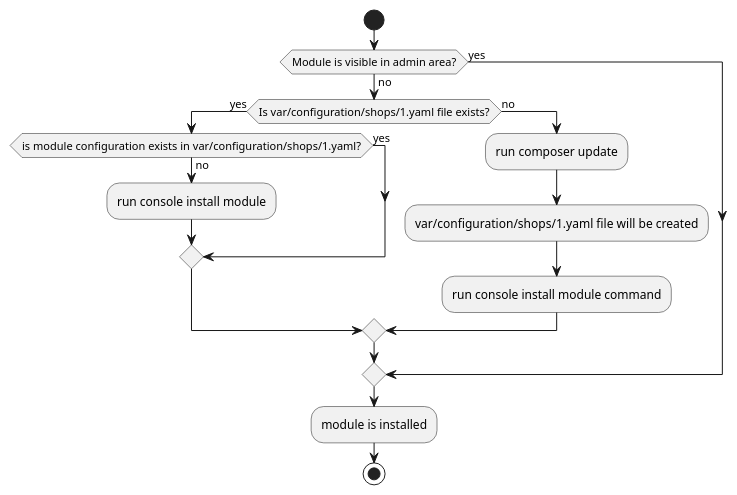
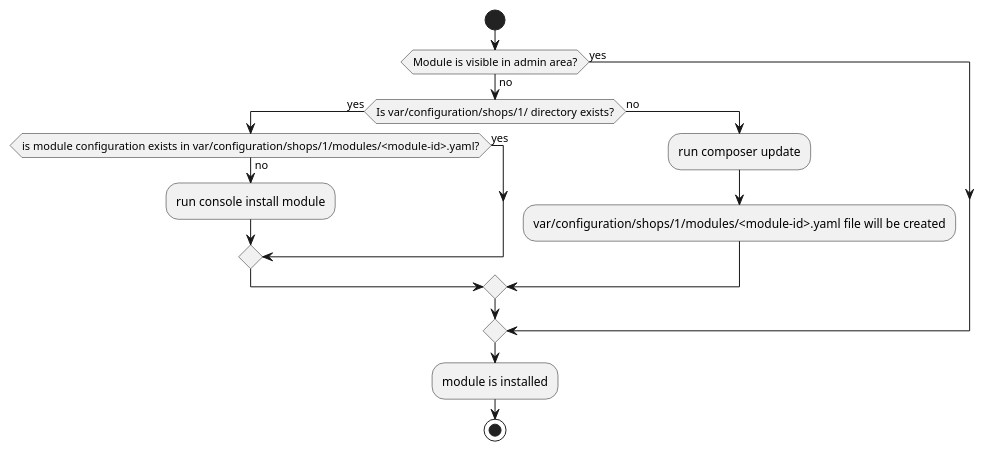
One commit to OXID-eSales/developer_documentation changed the diagram in development/modules_components_themes/module/installation_setup/troubleshooting.rst. Above: the diagram before and after it, drawn with PlantUML. The commit also changed other lines of this file and 4 other files, not shown here.

Commit message:
Update modules configuration documentation

```diff
--- a/development/modules_components_themes/module/installation_setup/troubleshooting.rst
+++ b/development/modules_components_themes/module/installation_setup/troubleshooting.rst
@@ -15,35 +15,33 @@
 .. uml::
 
    @startuml
 
    start
 
    if (Module is visible in admin area?) then (no)
 
-      if (Is var/configuration/shops/1.yaml file exists?) then (yes)
+      if (Is var/configuration/shops/1/ directory exists?) then (yes)
 
-          if (is module configuration exists in var/configuration/shops/1.yaml?) then (yes)
+          if (is module configuration exists in var/configuration/shops/1/modules/<module-id>.yaml?) then (yes)
 
           else (no)
              :run console install module;
           endif
 
       else (no)
 
         :run composer update;
 
-        :var/configuration/shops/1.yaml file will be created;
-
-        :run console install module command;
+        :var/configuration/shops/1/modules/<module-id>.yaml file will be created;
 
       endif
 
    else (yes)
 
    endif
 
    :module is installed;
 
     stop
 
    @enduml
```
